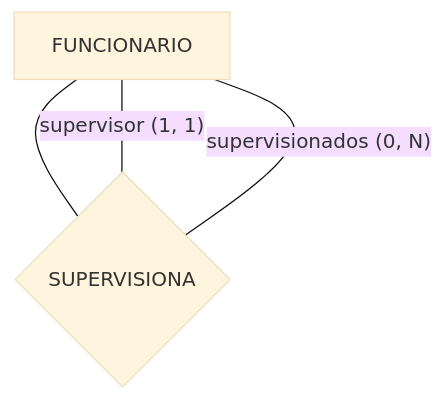
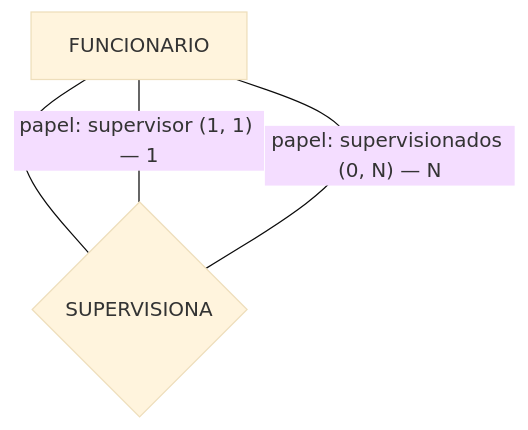
The tenth of 14 diagrams in 02. Modelagem de Dados/06. Modelagem de relacionamentos, cardinalidade e restrições de participação.md (leorruas/puc), drawn with Mermaid (base theme) before and after one commit. The commit also changed other lines of this file, not shown here.

````diff
--- a/02. Modelagem de Dados/06. Modelagem de relacionamentos, cardinalidade e restrições de participação.md
+++ b/02. Modelagem de Dados/06. Modelagem de relacionamentos, cardinalidade e restrições de participação.md
@@ -171,6 +174,6 @@
 ```mermaid
 flowchart TD
     Func["FUNCIONARIO"] --- Superv{"SUPERVISIONA"}
-    Superv ---|"supervisor (1, 1)"| Func
-    Superv ---|"supervisionados (0, N)"| Func
+    Superv ---|"papel: supervisor (1, 1) — 1"| Func
+    Superv ---|"papel: supervisionados (0, N) — N"| Func
 ```
````
